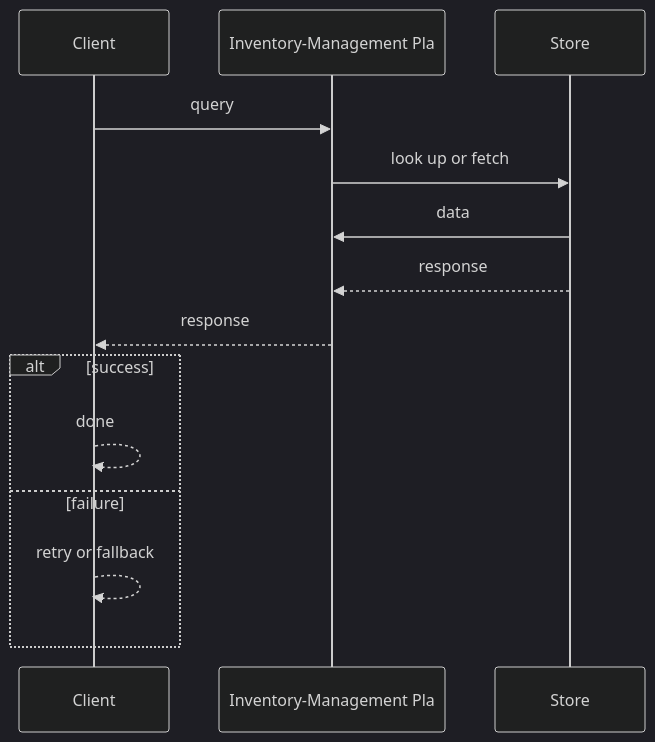
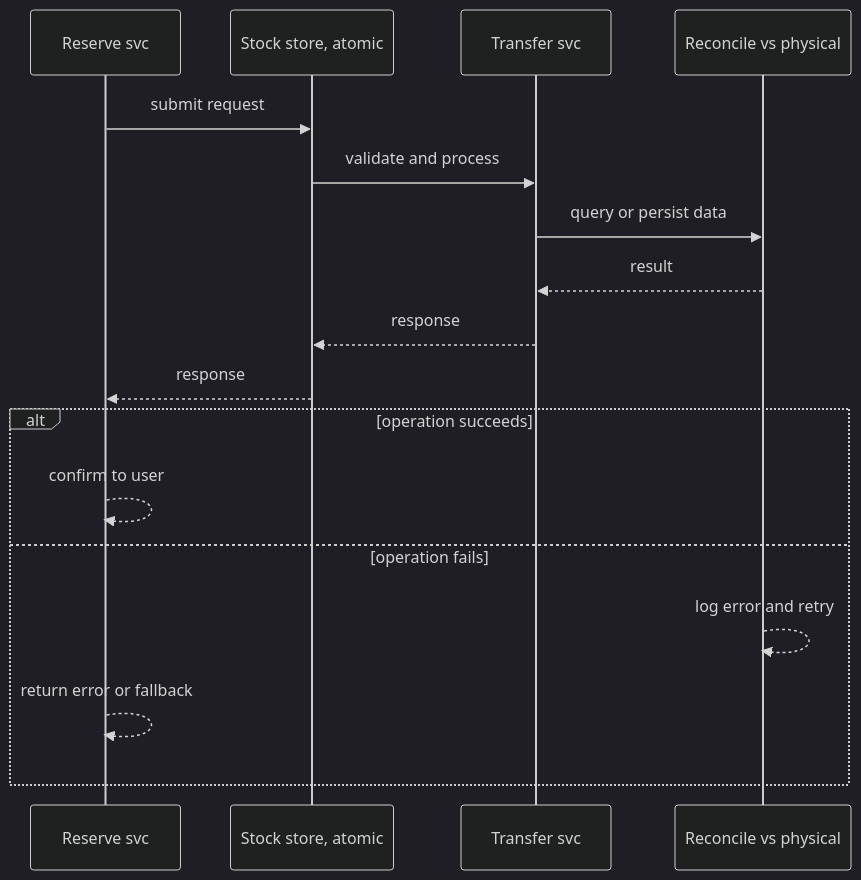
Before and after one commit to RIT-MESH/system-design-mastery: the diagram in diagrams/case-studies/inventory-management/request-sequence.mmd, drawn with Mermaid (dark theme). The commit also changed 127 other files, not shown here.

First line of the commit message:
Improve all case study diagrams: case-specific sequences, fix truncated labels

```diff
--- a/diagrams/case-studies/inventory-management/request-sequence.mmd
+++ b/diagrams/case-studies/inventory-management/request-sequence.mmd
@@ -1,15 +1,18 @@
 %% created-for: system-design-mastery
 sequenceDiagram
-  participant P0 as Client
-  participant P1 as Inventory-Management Pla
-  participant P2 as Store
-  P0 ->> P1: query
-  P1 ->> P2: look up or fetch
-  P2 ->> P1: data
+  participant P0 as Reserve svc
+  participant P1 as Stock store, atomic
+  participant P2 as Transfer svc
+  participant P3 as Reconcile vs physical
+  P0 ->> P1: submit request
+  P1 ->> P2: validate and process
+  P2 ->> P3: query or persist data
+  P3 -->> P2: result
   P2 -->> P1: response
   P1 -->> P0: response
-  alt success
-    P0 -->> P0: done
-  else failure
-    P0 -->> P0: retry or fallback
+  alt operation succeeds
+    P0 -->> P0: confirm to user
+  else operation fails
+    P3 -->> P3: log error and retry
+    P0 -->> P0: return error or fallback
   end
```
